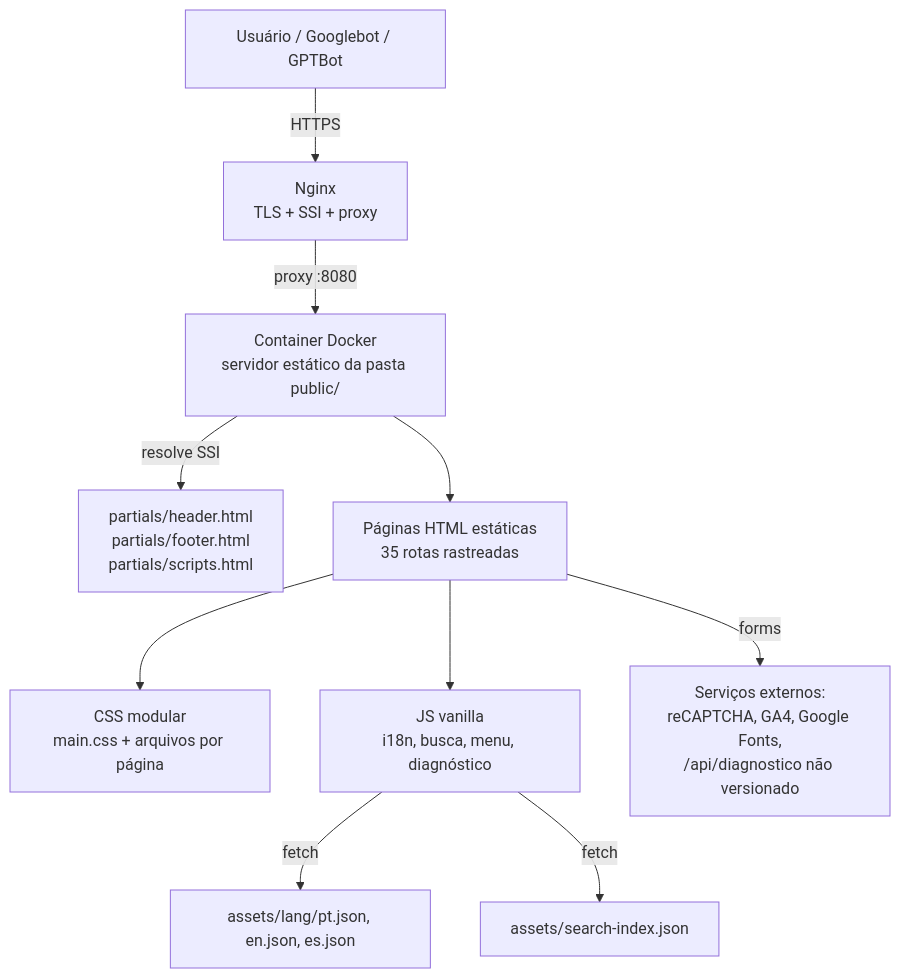
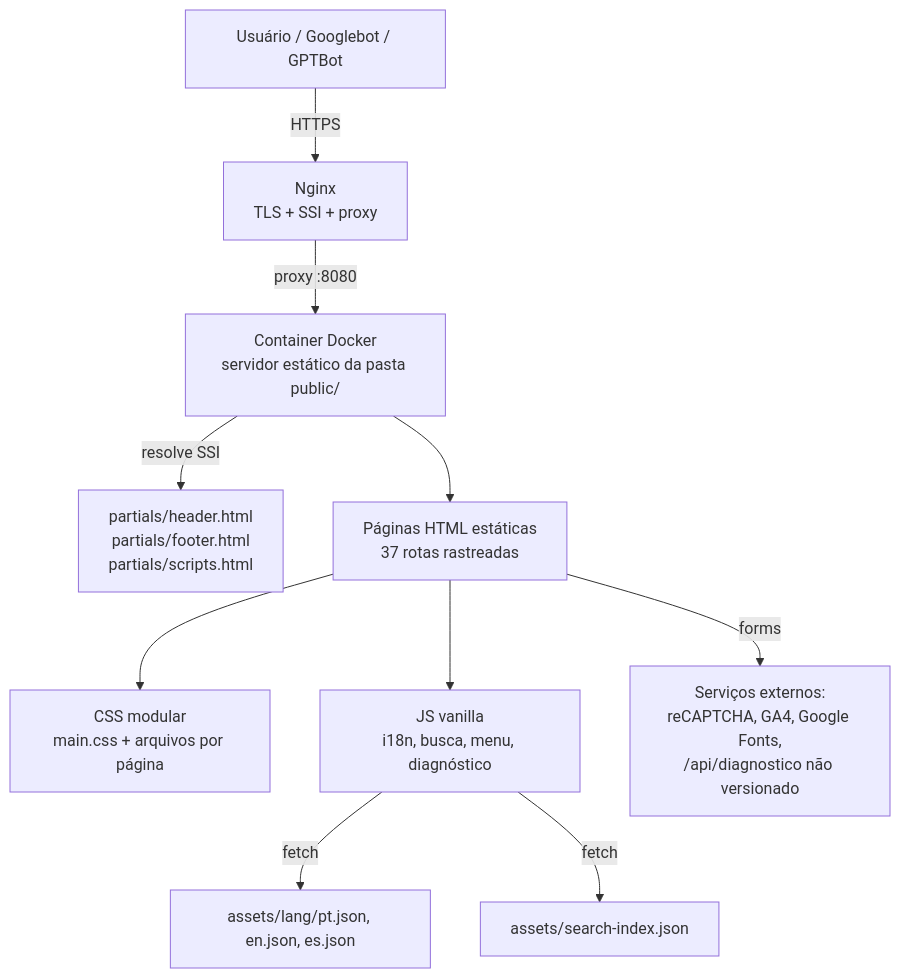
The diagram in docs/architecture/01-overview.md (cleberNetCenter/tutela), drawn with Mermaid before and after one commit. The commit also changed 3 other files, not shown here.

````diff
--- a/docs/architecture/01-overview.md
+++ b/docs/architecture/01-overview.md
@@ -30,12 +30,12 @@
 ```mermaid
 graph TD
     User[Usuário / Googlebot / GPTBot] -->|HTTPS| Nginx[Nginx<br/>TLS + SSI + proxy]
     Nginx -->|proxy :8080| Container[Container Docker<br/>servidor estático da pasta public/]
     Container -->|resolve SSI| Partials[partials/header.html<br/>partials/footer.html<br/>partials/scripts.html]
-    Container --> Pages[Páginas HTML estáticas<br/>35 rotas rastreadas]
+    Container --> Pages[Páginas HTML estáticas<br/>37 rotas rastreadas]
     Pages --> CSS[CSS modular<br/>main.css + arquivos por página]
     Pages --> JS[JS vanilla<br/>i18n, busca, menu, diagnóstico]
     JS -->|fetch| LangJSON[assets/lang/pt.json, en.json, es.json]
     JS -->|fetch| SearchIndex[assets/search-index.json]
     Pages -->|forms| External[Serviços externos:<br/>reCAPTCHA, GA4, Google Fonts,<br/>/api/diagnostico não versionado]
 ```
````
